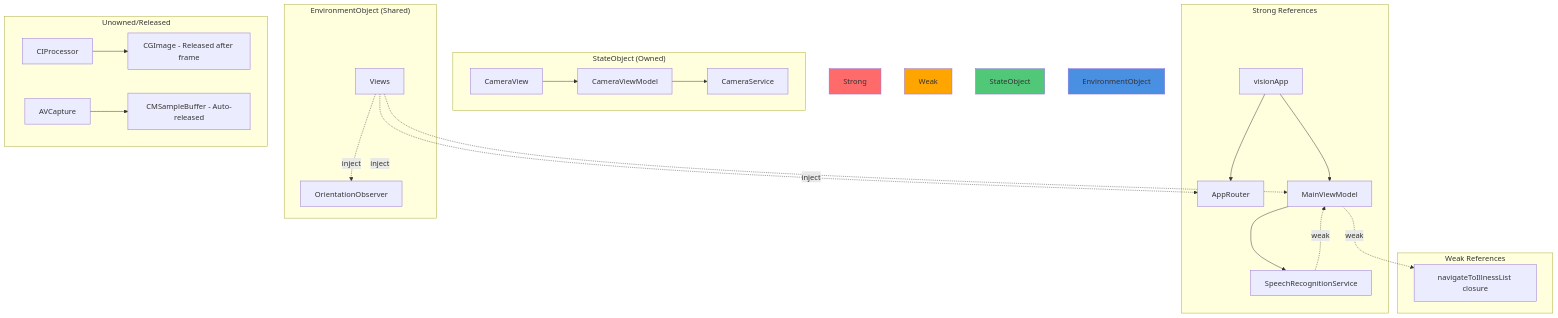
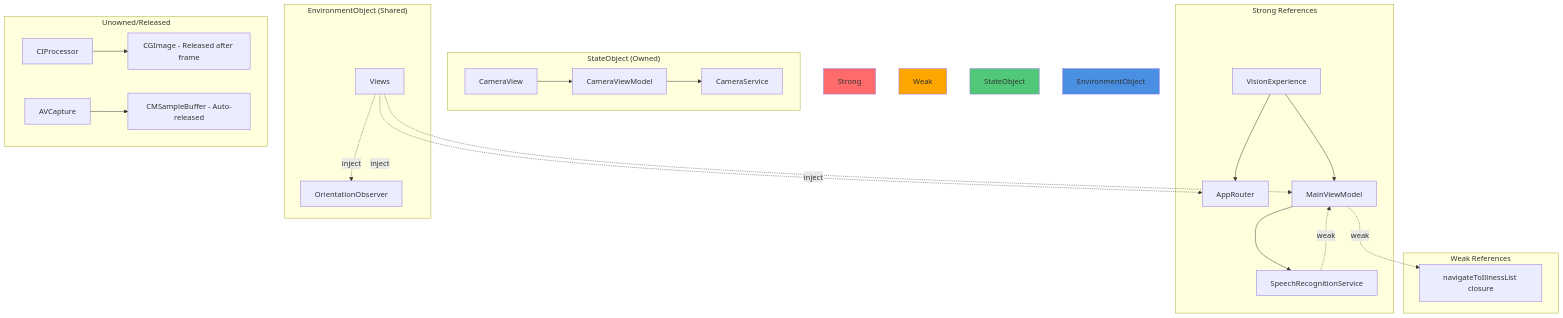
One commit to robertteleng/vision-experience-ios changed diagram 24 of 26 in ARCHITECTURE.md. Above: the diagram before and after it, drawn with Mermaid. The commit also changed other lines of this file and 123 other files, not shown here.

First line of the commit message:
refactor: rename project visionApp → VisionExperience

````diff
--- a/ARCHITECTURE.md
+++ b/ARCHITECTURE.md
@@ -1019,34 +1019,34 @@
 ```mermaid
 graph TB
     subgraph "Strong References"
-        App[visionApp] --> Router[AppRouter]
+        App[VisionExperience] --> Router[AppRouter]
         App --> MainVM[MainViewModel]
         MainVM --> SpeechService[SpeechRecognitionService]
     end
     
     subgraph "Weak References"
         MainVM -.weak.-> Callback[navigateToIllnessList closure]
         SpeechService -.weak.-> MainVM
     end
     
     subgraph "StateObject (Owned)"
         CameraView --> CameraVM[CameraViewModel]
         CameraVM --> CameraService[CameraService]
     end
     
     subgraph "EnvironmentObject (Shared)"
         Views -.inject.-> Router
         Views -.inject.-> MainVM
         Views -.inject.-> OrientationObserver
     end
     
     subgraph "Unowned/Released"
         CIProcessor --> CGImage[CGImage - Released after frame]
         AVCapture --> SampleBuffer[CMSampleBuffer - Auto-released]
     end
     
     style Strong fill:#FF6B6B
     style Weak fill:#FFA500
     style StateObject fill:#50C878
     style EnvironmentObject fill:#4A90E2
 ```
````
